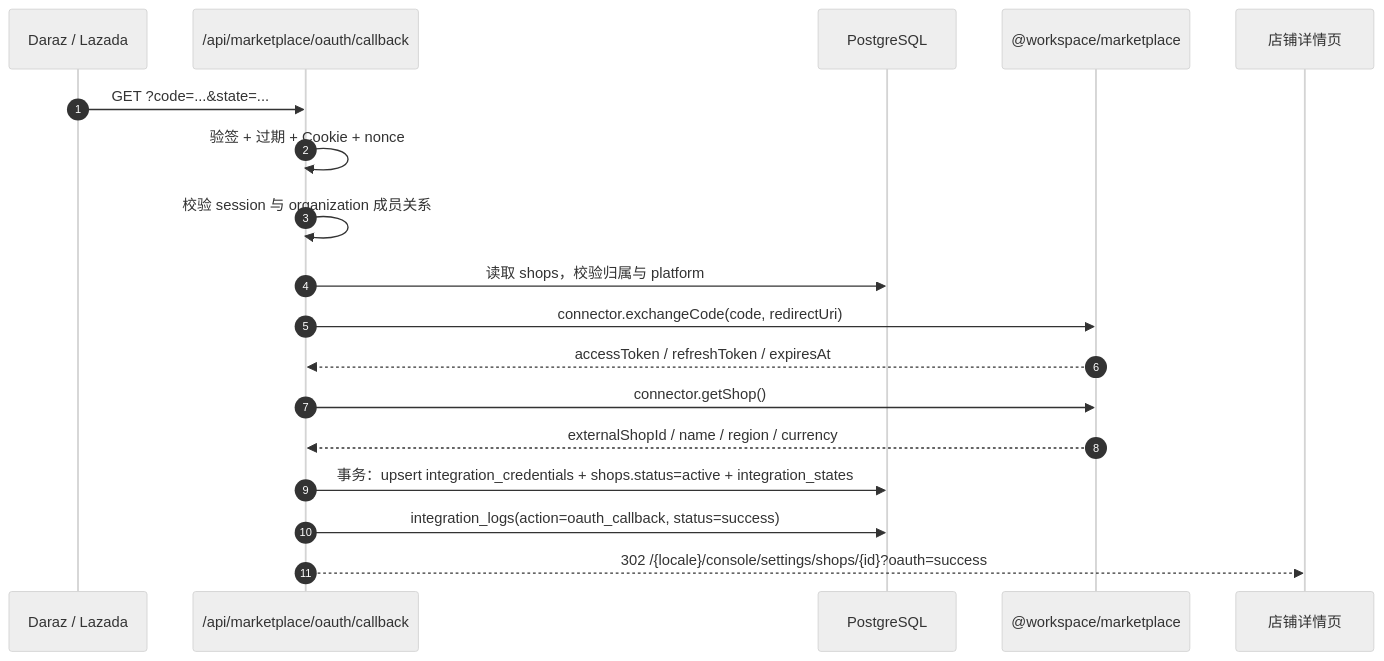
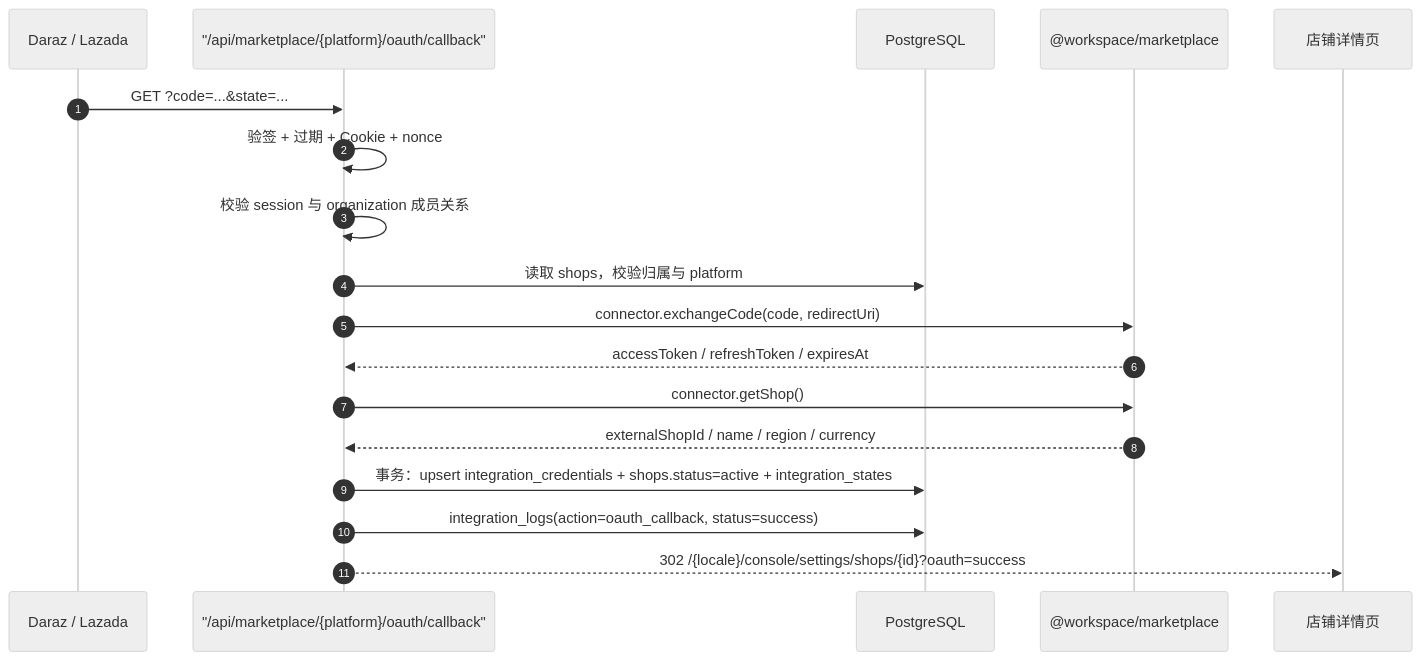
One commit to metacode0602/vercelai-kaijing changed the fifth of 5 diagrams in apps/shop/content/design/tenant-onboarding-and-store-binding.md. Above: the diagram before and after it, drawn with Mermaid (neutral theme). The commit also changed other lines of this file and 9 other files, not shown here.

````diff
--- a/apps/shop/content/design/tenant-onboarding-and-store-binding.md
+++ b/apps/shop/content/design/tenant-onboarding-and-store-binding.md
@@ -460,21 +460,21 @@
 ```mermaid
 sequenceDiagram
     autonumber
     participant P as Daraz / Lazada
-    participant CB as /api/marketplace/oauth/callback
+    participant CB as "/api/marketplace/{platform}/oauth/callback"
     participant DB as PostgreSQL
     participant M as @workspace/marketplace
     participant S as 店铺详情页
 
     P->>CB: GET ?code=...&state=...
     CB->>CB: 验签 + 过期 + Cookie + nonce
     CB->>CB: 校验 session 与 organization 成员关系
     CB->>DB: 读取 shops，校验归属与 platform
     CB->>M: connector.exchangeCode(code, redirectUri)
     M-->>CB: accessToken / refreshToken / expiresAt
     CB->>M: connector.getShop()
     M-->>CB: externalShopId / name / region / currency
     CB->>DB: 事务：upsert integration_credentials + shops.status=active + integration_states
     CB->>DB: integration_logs(action=oauth_callback, status=success)
     CB-->>S: 302 /{locale}/console/settings/shops/{id}?oauth=success
 ```
````
